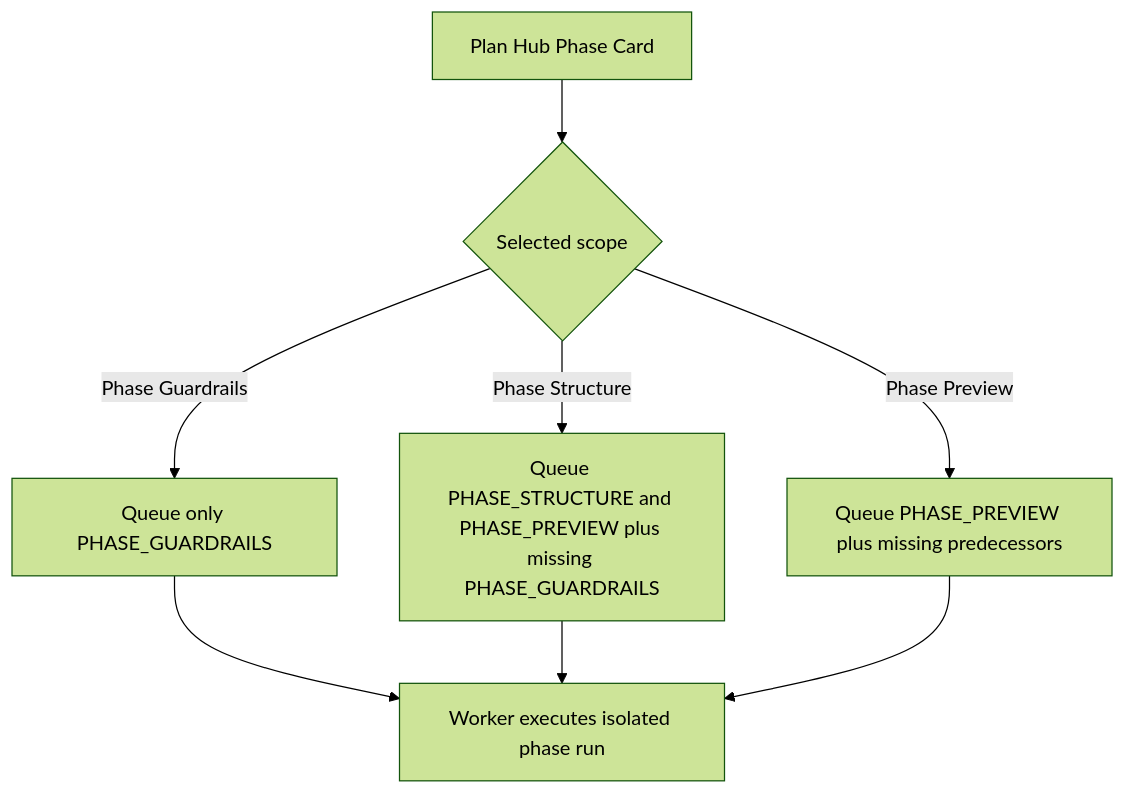
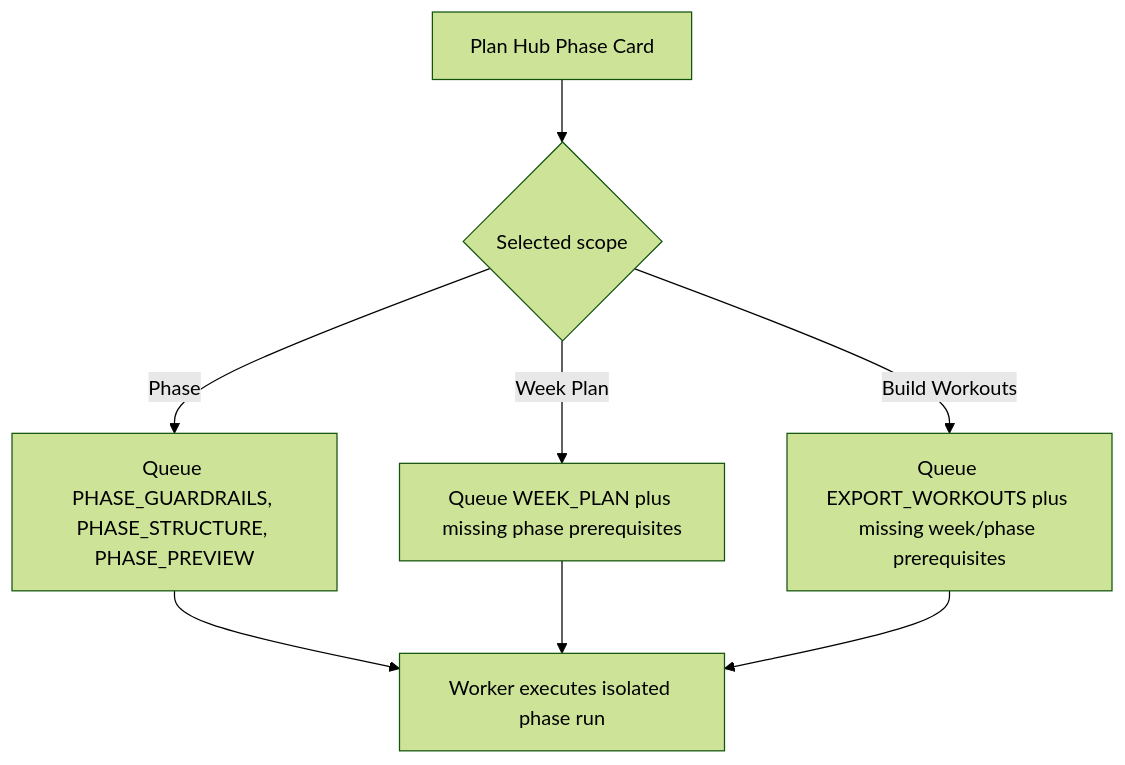
The diagram in doc/specs/features/FEAT_plan_hub_phase_step_isolation.md (albauer-priv/RPS), drawn with Mermaid (forest theme) before and after one commit. The commit also changed other lines of this file and 11 other files, not shown here.

Commit message:
refactor: simplify phase planning in plan hub

````diff
--- a/doc/specs/features/FEAT_plan_hub_phase_step_isolation.md
+++ b/doc/specs/features/FEAT_plan_hub_phase_step_isolation.md
@@ -69,10 +68,10 @@
 ```mermaid
 flowchart TD
   A["Plan Hub Phase Card"] --> B{"Selected scope"}
-  B -->|Phase Guardrails| C["Queue only PHASE_GUARDRAILS"]
-  B -->|Phase Structure| D["Queue PHASE_STRUCTURE and PHASE_PREVIEW plus missing PHASE_GUARDRAILS"]
-  B -->|Phase Preview| E["Queue PHASE_PREVIEW plus missing predecessors"]
+  B -->|Phase| C["Queue PHASE_GUARDRAILS, PHASE_STRUCTURE, PHASE_PREVIEW"]
+  B -->|Week Plan| D["Queue WEEK_PLAN plus missing phase prerequisites"]
+  B -->|Build Workouts| E["Queue EXPORT_WORKOUTS plus missing week/phase prerequisites"]
   C --> F["Worker executes isolated phase run"]
   D --> F
   E --> F
 ```
````
